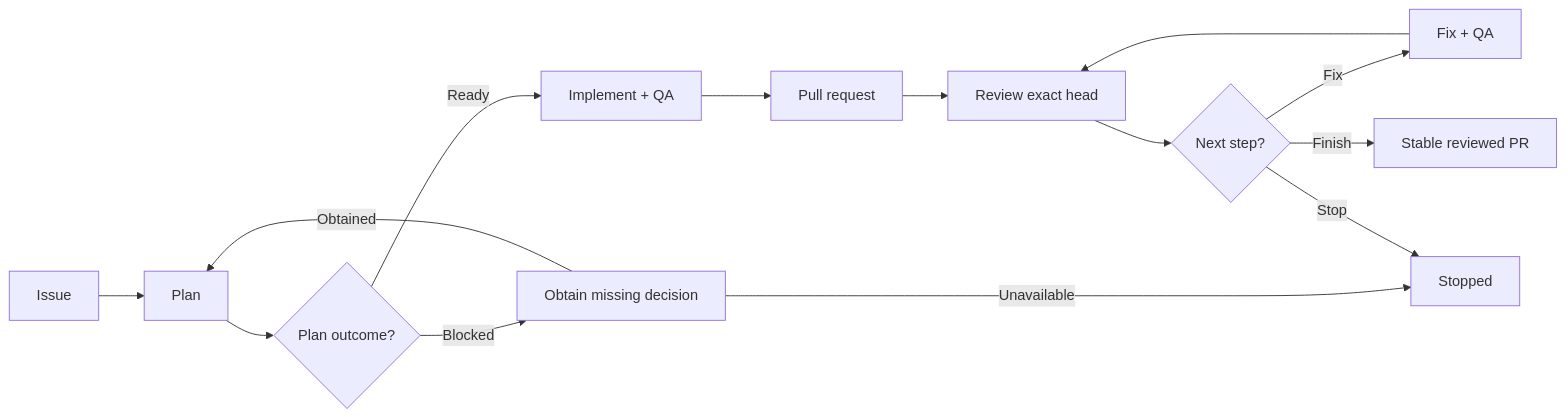
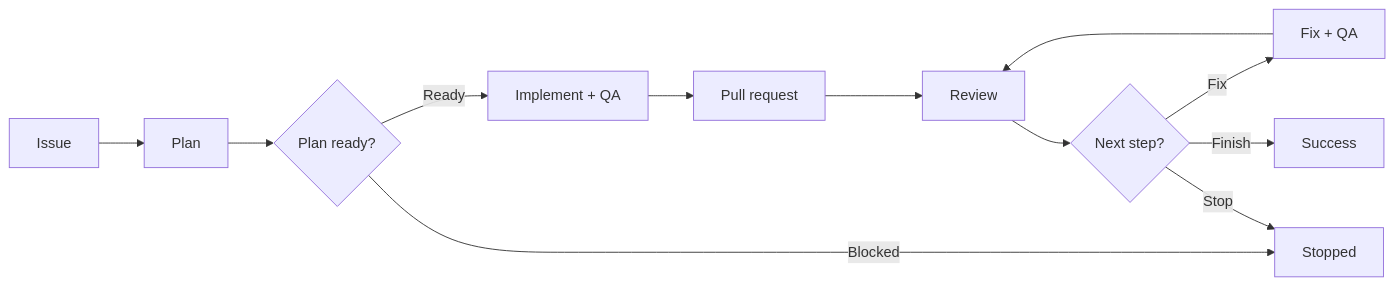
The diagram in README.md (dceoy/pr-loop), drawn with Mermaid before and after one commit.

Commit message:
docs: simplify workflow overview

````diff
--- a/README.md
+++ b/README.md
@@ -11,14 +11,12 @@
 ```mermaid
 flowchart LR
-  I[Issue] --> P[Plan] --> Q{Plan outcome?}
-  Q -->|Ready| M[Implement + QA]
-  Q -->|Blocked| D[Obtain missing decision]
-  D -->|Obtained| P
-  D -->|Unavailable| T[Stopped]
-  M --> PR[Pull request]
-  PR --> R[Review exact head] --> F{Next step?}
-  F -->|Fix| X[Fix + QA]
+  I[Issue] --> P[Plan] --> Q{Plan ready?}
+  Q -->|Ready| M[Implement + QA] --> PR[Pull request]
+  Q -->|Blocked| T[Stopped]
+
+  PR --> R[Review] --> N{Next step?}
+  N -->|Fix| X[Fix + QA]
   X --> R
-  F -->|Stop| T
-  F -->|Finish| S[Stable reviewed PR]
+  N -->|Stop| T
+  N -->|Finish| S[Success]
 ```
````
